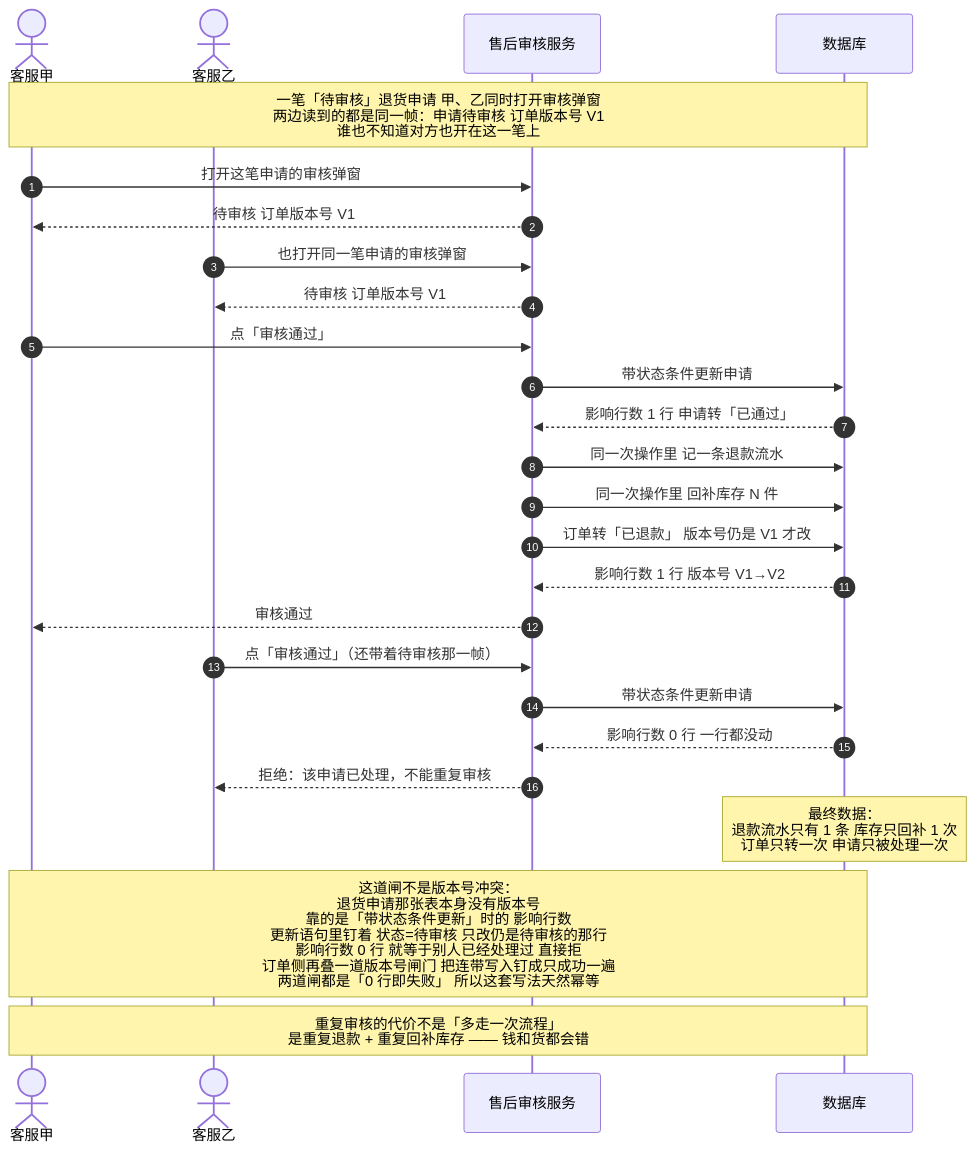
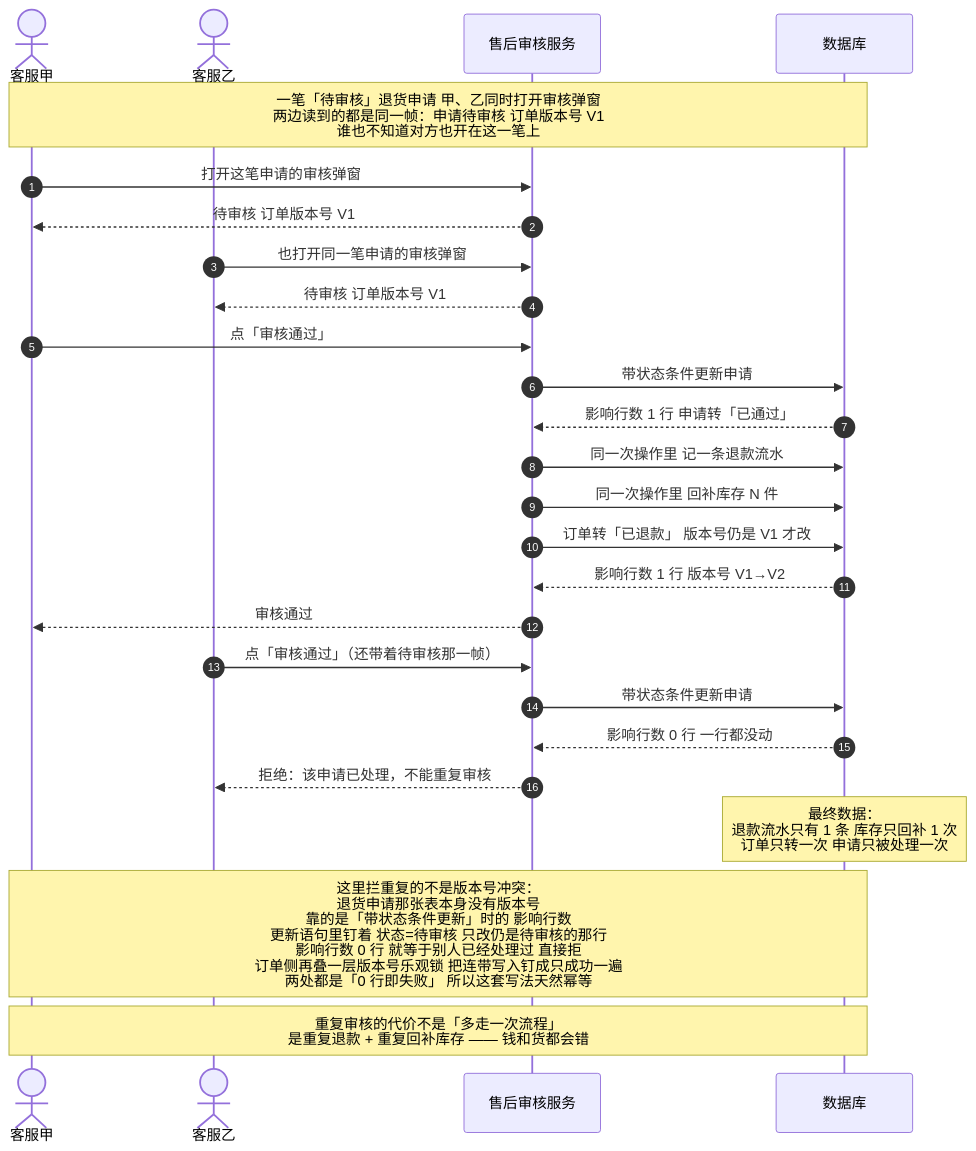
One commit to zzy-repo/qiqi-mall changed the diagram in docs/flows/02-业务场景/并发与竞态/状态竞态/退货审核并发/1-退货审核并发图.mmd. Above: the diagram before and after it, drawn with Mermaid. The commit also changed 231 other files, not shown here.

```diff
--- a/docs/flows/02-业务场景/并发与竞态/状态竞态/退货审核并发/1-退货审核并发图.mmd
+++ b/docs/flows/02-业务场景/并发与竞态/状态竞态/退货审核并发/1-退货审核并发图.mmd
@@ -1,33 +1,33 @@
 sequenceDiagram
     autonumber
     actor 甲 as 客服甲
     actor 乙 as 客服乙
     participant 售后 as 售后审核服务
     participant 库 as 数据库
 
     Note over 甲,库: 一笔「待审核」退货申请 甲、乙同时打开审核弹窗<br/>两边读到的都是同一帧：申请待审核 订单版本号 V1<br/>谁也不知道对方也开在这一笔上
 
     甲->>售后: 打开这笔申请的审核弹窗
     售后-->>甲: 待审核 订单版本号 V1
     乙->>售后: 也打开同一笔申请的审核弹窗
     售后-->>乙: 待审核 订单版本号 V1
 
     甲->>售后: 点「审核通过」
     售后->>库: 带状态条件更新申请
     库-->>售后: 影响行数 1 行 申请转「已通过」
     售后->>库: 同一次操作里 记一条退款流水
     售后->>库: 同一次操作里 回补库存 N 件
     售后->>库: 订单转「已退款」 版本号仍是 V1 才改
     库-->>售后: 影响行数 1 行 版本号 V1→V2
     售后-->>甲: 审核通过
 
     乙->>售后: 点「审核通过」（还带着待审核那一帧）
     售后->>库: 带状态条件更新申请
     库-->>售后: 影响行数 0 行 一行都没动
     售后-->>乙: 拒绝：该申请已处理，不能重复审核
 
     Note over 库: 最终数据：<br/>退款流水只有 1 条 库存只回补 1 次<br/>订单只转一次 申请只被处理一次
 
-    Note over 甲,库: 这道闸不是版本号冲突：<br/>退货申请那张表本身没有版本号<br/>靠的是「带状态条件更新」时的 影响行数<br/>更新语句里钉着 状态=待审核 只改仍是待审核的那行<br/>影响行数 0 行 就等于别人已经处理过 直接拒<br/>订单侧再叠一道版本号闸门 把连带写入钉成只成功一遍<br/>两道闸都是「0 行即失败」 所以这套写法天然幂等
+    Note over 甲,库: 这里拦重复的不是版本号冲突：<br/>退货申请那张表本身没有版本号<br/>靠的是「带状态条件更新」时的 影响行数<br/>更新语句里钉着 状态=待审核 只改仍是待审核的那行<br/>影响行数 0 行 就等于别人已经处理过 直接拒<br/>订单侧再叠一层版本号乐观锁 把连带写入钉成只成功一遍<br/>两处都是「0 行即失败」 所以这套写法天然幂等
 
     Note over 甲,库: 重复审核的代价不是「多走一次流程」<br/>是重复退款 + 重复回补库存 —— 钱和货都会错
```
